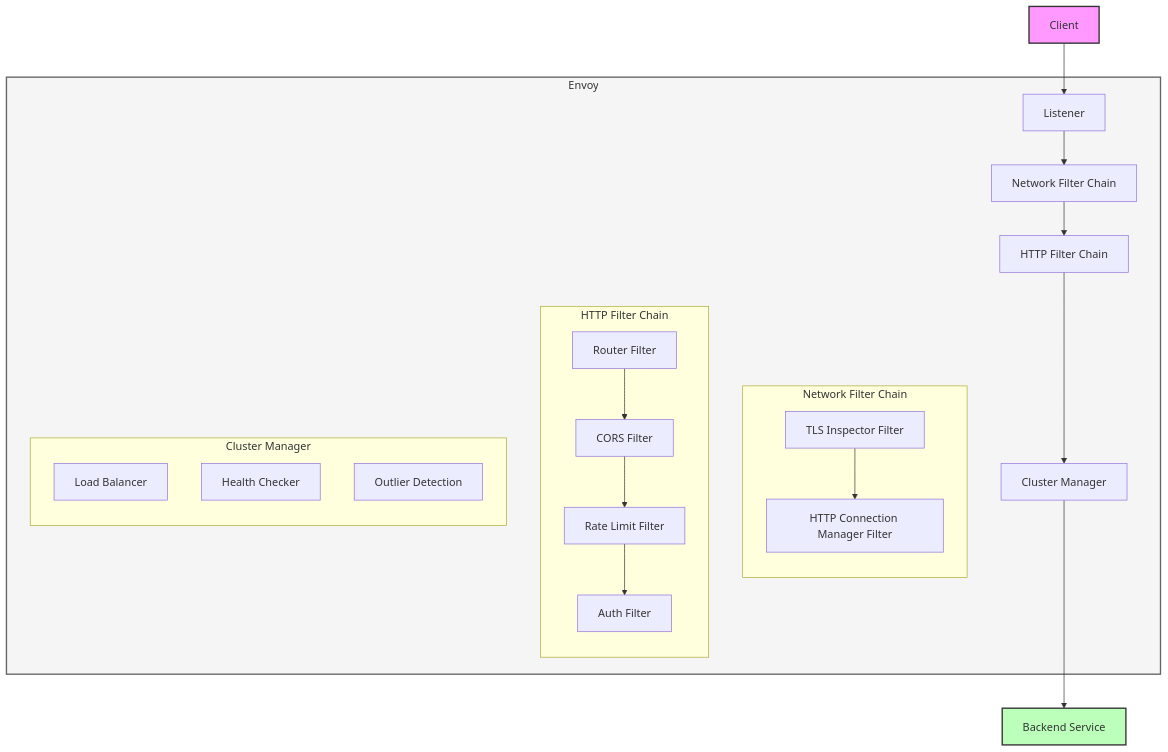
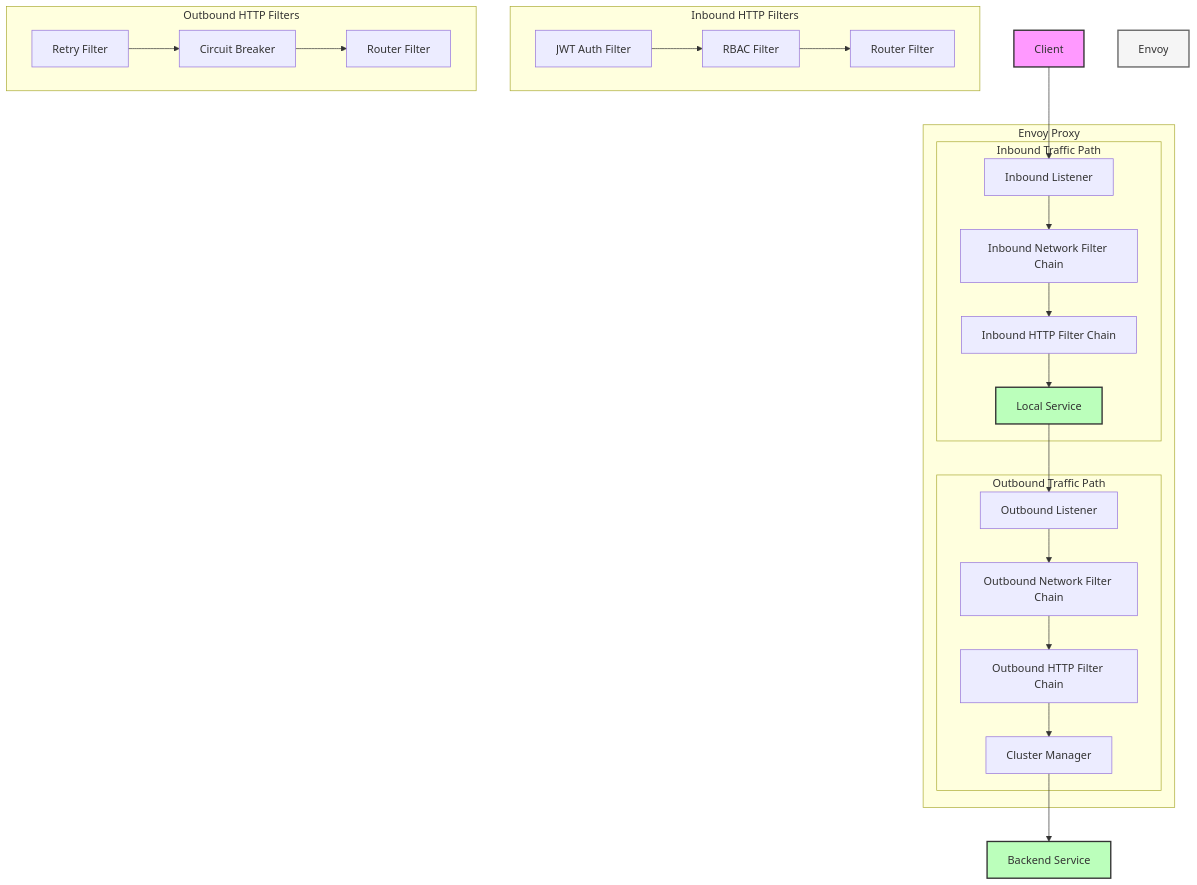
One commit to Jholly2008/configs changed the diagram in 网关网格报告/Envoy.md. Above: the diagram before and after it, drawn with Mermaid.

````diff
--- a/网关网格报告/Envoy.md
+++ b/网关网格报告/Envoy.md
@@ -1,44 +1,47 @@
 ```mermaid
 
 flowchart TD
-    Client[Client] --> Listener[Listener]
+    Client[Client] --> InListener[Inbound Listener]
     
-    subgraph Envoy
-        Listener --> Network[Network Filter Chain]
-        
-        subgraph "Network Filter Chain"
-            direction TB
-            nf1[TLS Inspector Filter]
-            nf2[HTTP Connection Manager Filter]
-            nf1 --> nf2
+    subgraph "Envoy Proxy"
+        subgraph "Inbound Traffic Path"
+            InListener --> InNetwork[Inbound Network Filter Chain]
+            InNetwork --> InHTTP[Inbound HTTP Filter Chain]
+            InHTTP --> LocalService[Local Service]
         end
         
-        Network --> HTTP[HTTP Filter Chain]
-        
-        subgraph "HTTP Filter Chain"
-            direction TB
-            hf1[Router Filter]
-            hf2[CORS Filter]
-            hf3[Rate Limit Filter]
-            hf4[Auth Filter]
-            hf1 --> hf2 --> hf3 --> hf4
-        end
-        
-        HTTP --> Cluster[Cluster Manager]
-        
-        subgraph "Cluster Manager"
-            direction TB
-            LoadBalancer[Load Balancer]
-            HealthChecker[Health Checker]
-            OutlierDetection[Outlier Detection]
+        subgraph "Outbound Traffic Path"
+            LocalService --> OutListener[Outbound Listener]
+            OutListener --> OutNetwork[Outbound Network Filter Chain]
+            OutNetwork --> OutHTTP[Outbound HTTP Filter Chain]
+            OutHTTP --> ClusterMgr[Cluster Manager]
         end
     end
     
-    Cluster --> Backend[Backend Service]
+    ClusterMgr --> Backend[Backend Service]
+
+    %% 入站过滤器链细节
+    subgraph "Inbound HTTP Filters"
+        direction LR
+        IF1[JWT Auth Filter]
+        IF2[RBAC Filter]
+        IF3[Router Filter]
+        IF1 --> IF2 --> IF3
+    end
+
+    %% 出站过滤器链细节
+    subgraph "Outbound HTTP Filters"
+        direction LR
+        OF1[Retry Filter]
+        OF2[Circuit Breaker]
+        OF3[Router Filter]
+        OF1 --> OF2 --> OF3
+    end
 
     style Client fill:#f9f,stroke:#333,stroke-width:2px
     style Envoy fill:#f5f5f5,stroke:#666,stroke-width:2px
+    style LocalService fill:#bfb,stroke:#333,stroke-width:2px
     style Backend fill:#bfb,stroke:#333,stroke-width:2px
 
 
 ```
````
